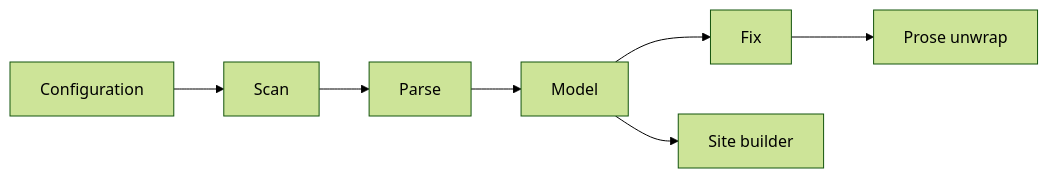
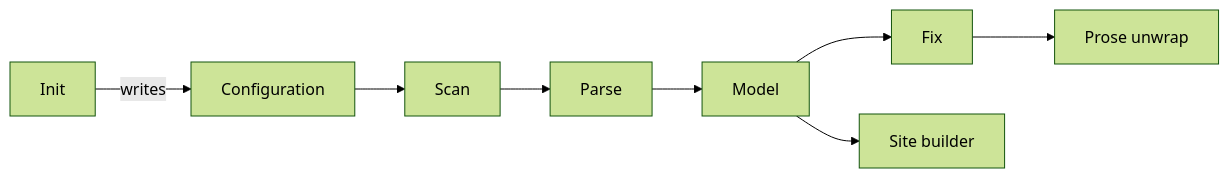
The diagram in src/README.md (method-run/idk-plans), drawn with Mermaid (forest theme) before and after one commit. The commit also changed other lines of this file and 12 other files, not shown here.

````diff
--- a/src/README.md
+++ b/src/README.md
@@ -18,9 +18,10 @@
 ```mermaid
 flowchart LR
+  init[Init] -->|writes| config
   config[Configuration] --> scan[Scan]
   scan --> parse[Parse]
   parse --> model[Model]
   model --> fix[Fix]
   model --> site[Site builder]
   fix --> wrap[Prose unwrap]
 ```
````
